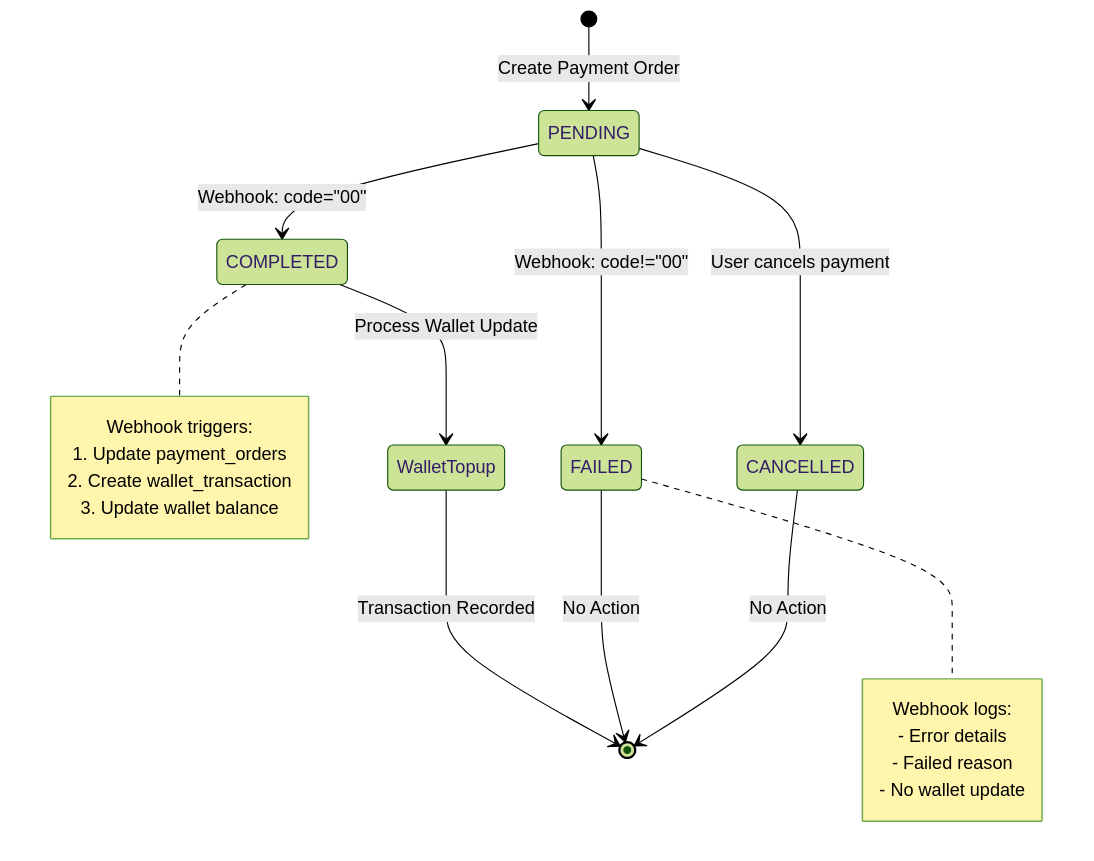
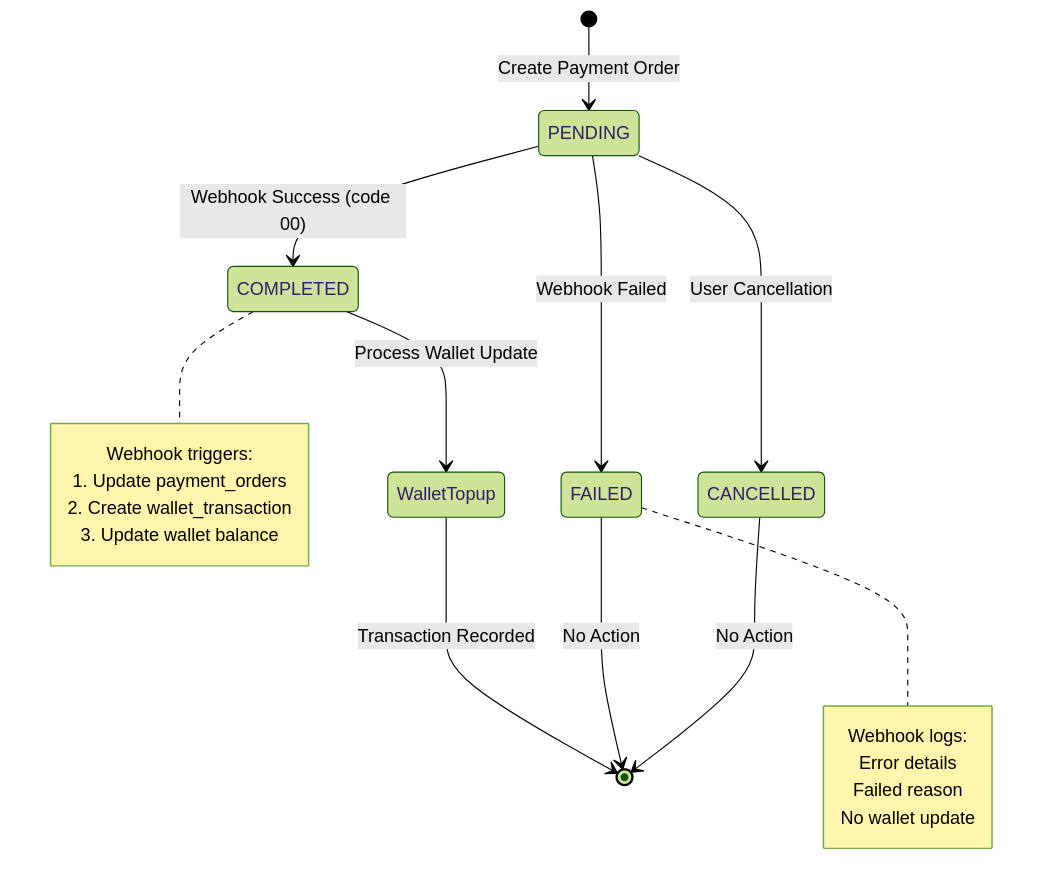
One commit to lgdlong/g3-swp391-2hand-ev-battery-trading changed the second of 2 diagrams in docs/wallet-topup-flow.md. Above: the diagram before and after it, drawn with Mermaid (forest theme).

Commit message:
fix: clarify webhook state diagram and error logging details in wallet topup documentation

````diff
--- a/docs/wallet-topup-flow.md
+++ b/docs/wallet-topup-flow.md
@@ -503,28 +503,28 @@
 ```mermaid
 stateDiagram-v2
     [*] --> PENDING: Create Payment Order
     
-    PENDING --> COMPLETED: Webhook: code="00"
-    PENDING --> FAILED: Webhook: code!="00"
-    PENDING --> CANCELLED: User cancels payment
+    PENDING --> COMPLETED: Webhook Success (code 00)
+    PENDING --> FAILED: Webhook Failed
+    PENDING --> CANCELLED: User Cancellation
     
     COMPLETED --> WalletTopup: Process Wallet Update
     WalletTopup --> [*]: Transaction Recorded
     
     FAILED --> [*]: No Action
     CANCELLED --> [*]: No Action
     
     note right of COMPLETED
         Webhook triggers:
         1. Update payment_orders
         2. Create wallet_transaction
         3. Update wallet balance
     end note
     
     note right of FAILED
         Webhook logs:
-        - Error details
-        - Failed reason
-        - No wallet update
+        Error details
+        Failed reason
+        No wallet update
     end note
 ```
````
